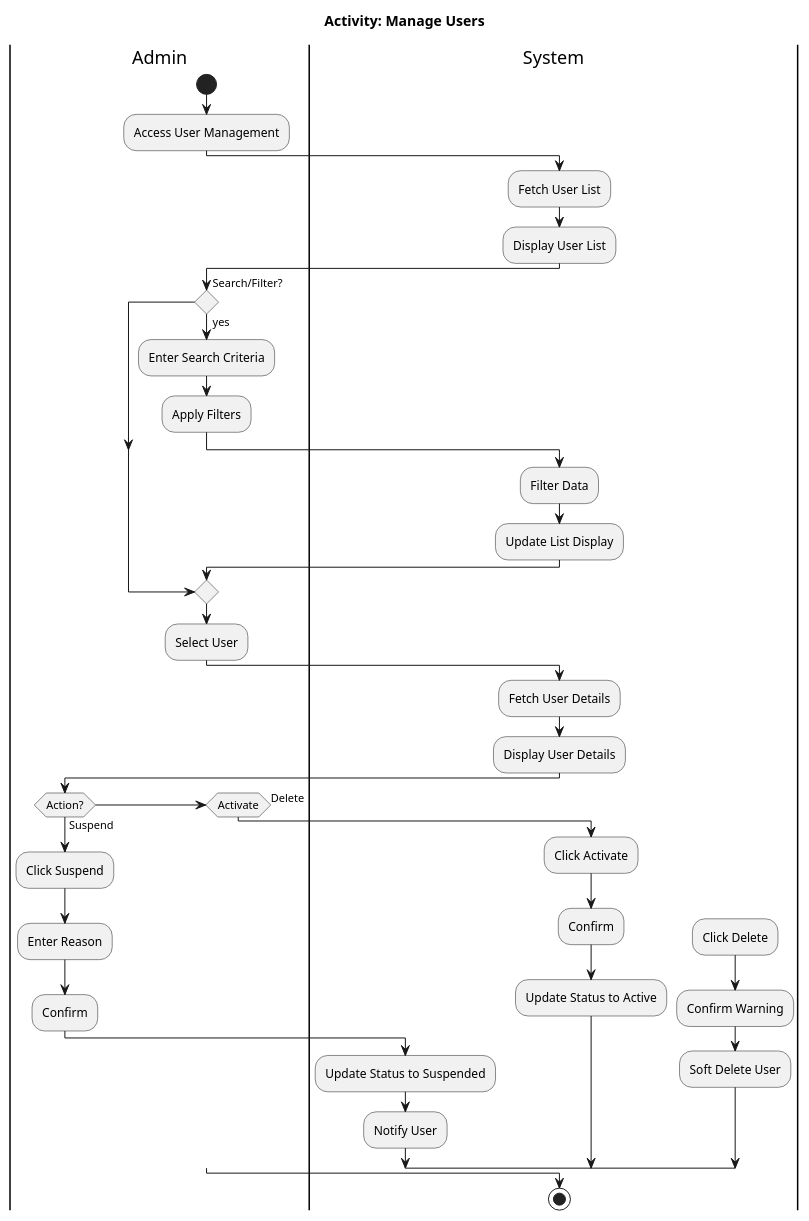
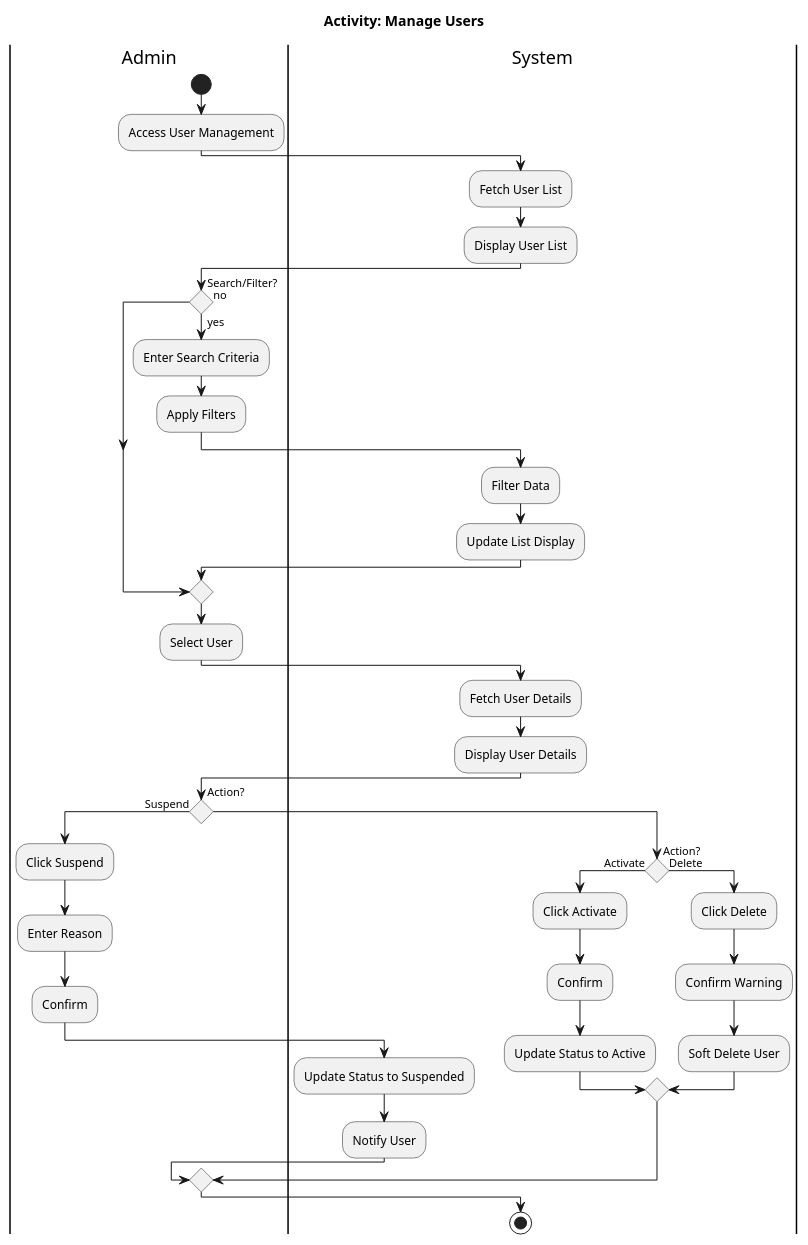
The diagram in docs/activity-admin-users.puml (czefenglim/blue-collar-job-portal), drawn with PlantUML before and after one commit. The commit also changed other lines of this file and 91 other files, not shown here.

```diff
--- a/docs/activity-admin-users.puml
+++ b/docs/activity-admin-users.puml
@@ -1,45 +1,50 @@
 @startuml UC_AdminUsers
 skinparam conditionStyle diamond
 skinparam activityDiamondShape true
+skinparam nodesep 100
+skinparam ranksep 60
 title Activity: Manage Users
 
 |Admin|
 start
 :Access User Management;
 |System|
 :Fetch User List;
 :Display User List;
 |Admin|
 if (Search/Filter?) then (yes)
   :Enter Search Criteria;
   :Apply Filters;
   |System|
   :Filter Data;
   :Update List Display;
+else (no)
 endif
 |Admin|
 :Select User;
 |System|
 :Fetch User Details;
 :Display User Details;
 |Admin|
 if (Action?) then (Suspend)
   :Click Suspend;
   :Enter Reason;
   :Confirm;
   |System|
   :Update Status to Suspended;
   :Notify User;
-elseif (Activate)
-  :Click Activate;
-  :Confirm;
-  |System|
-  :Update Status to Active;
-else (Delete)
-  :Click Delete;
-  :Confirm Warning;
-  |System|
-  :Soft Delete User;
+else
+  if (Action?) then (Activate)
+    :Click Activate;
+    :Confirm;
+    |System|
+    :Update Status to Active;
+  else (Delete)
+    :Click Delete;
+    :Confirm Warning;
+    |System|
+    :Soft Delete User;
+  endif
 endif
 stop
 @enduml
```
